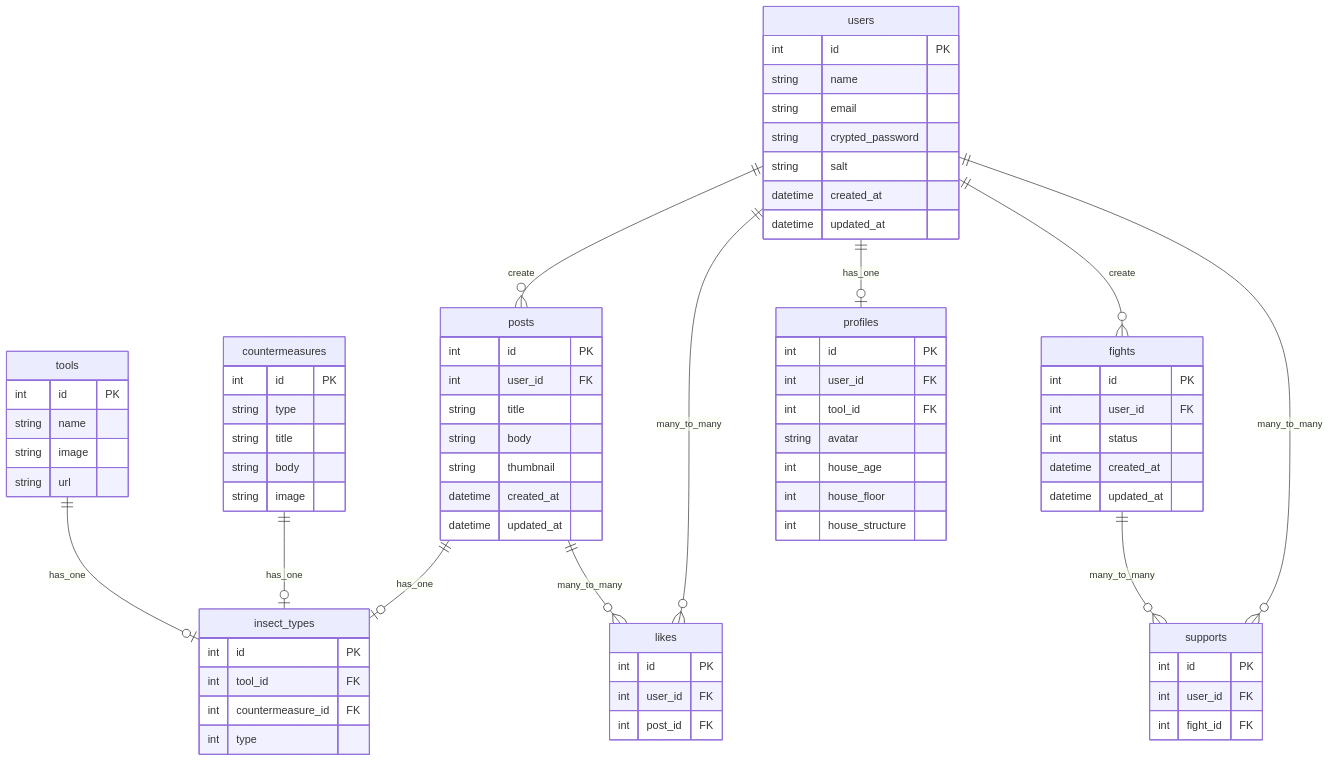
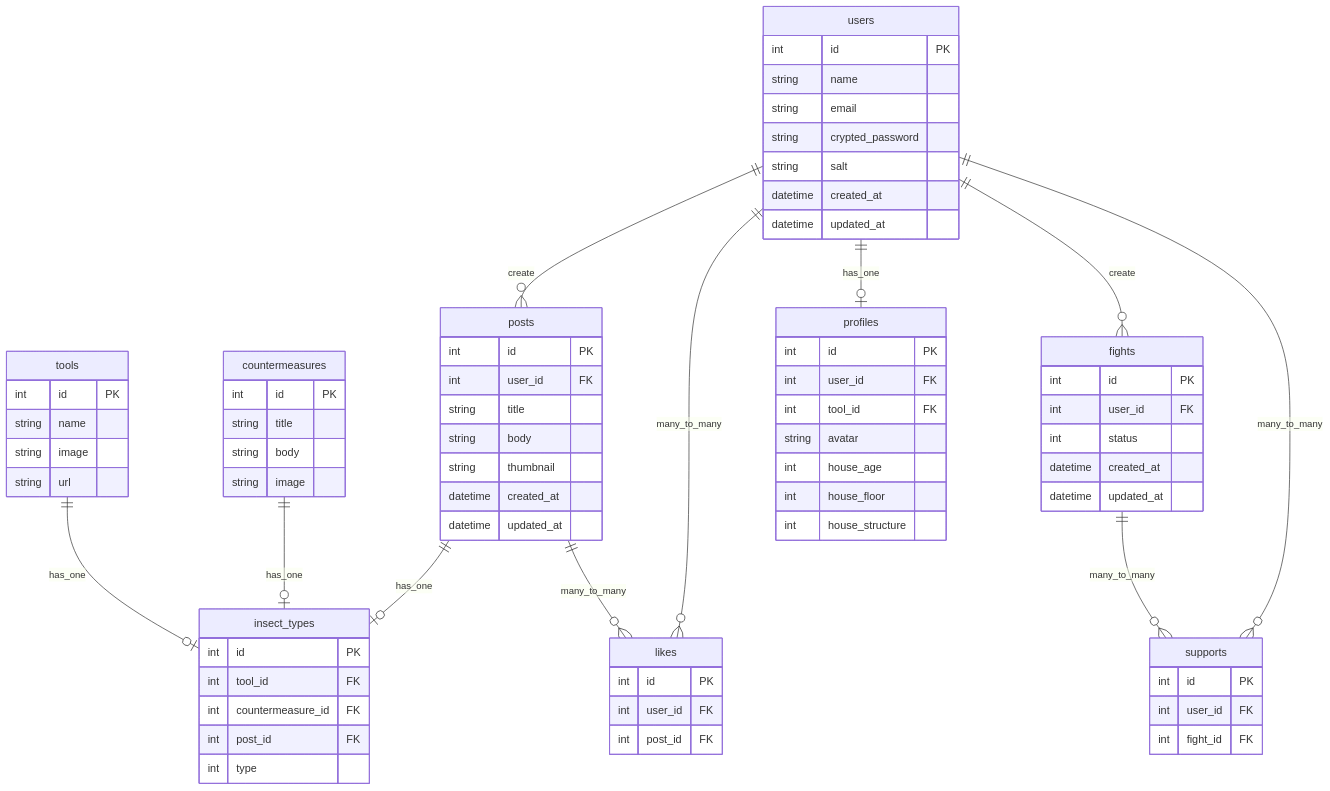
One commit to hagimoto0943/goki-network changed the diagram in README.md. Above: the diagram before and after it, drawn with Mermaid. The commit also changed 13 other files, not shown here.

````diff
--- a/README.md
+++ b/README.md
@@ -66,83 +66,83 @@
 ```mermaid
 erDiagram
 posts ||--o| insect_types : has_one
 countermeasures ||--o| insect_types : has_one
 tools ||--o| insect_types : has_one
 users ||--o{ posts : create
 users ||--o{ fights : create
 users ||--o{ likes : many_to_many
 users ||--o{ supports : many_to_many
 fights ||--o{ supports : many_to_many
 posts ||--o{ likes : many_to_many
 users ||--o| profiles : has_one
 
   users {
     int id PK
     string name
     string email
     string crypted_password
     string salt
     datetime created_at
     datetime updated_at
   }
   fights {
     int id PK
     int user_id FK
     int status
     datetime created_at
     datetime updated_at
   }
   profiles {
     int id PK
     int user_id FK
     int tool_id FK
     string avatar
     int house_age
     int house_floor
     int house_structure
   }
   posts {
     int id PK
     int user_id FK
     string title
     string body
     string thumbnail
     datetime created_at
     datetime updated_at
   }
 
   likes {
     int id PK
     int user_id FK
     int post_id FK
   }
 
   supports {
     int id PK
     int user_id FK
     int fight_id FK
   }
 
   countermeasures{
     int id PK
-    string type
     string title
     string body
     string image
   }
 
   tools{
     int id PK
     string name
     string image
     string url
   }
 
   insect_types{
     int id PK
     int tool_id FK
     int countermeasure_id FK
+    int post_id FK
     int type
   }
 
 ```
````
